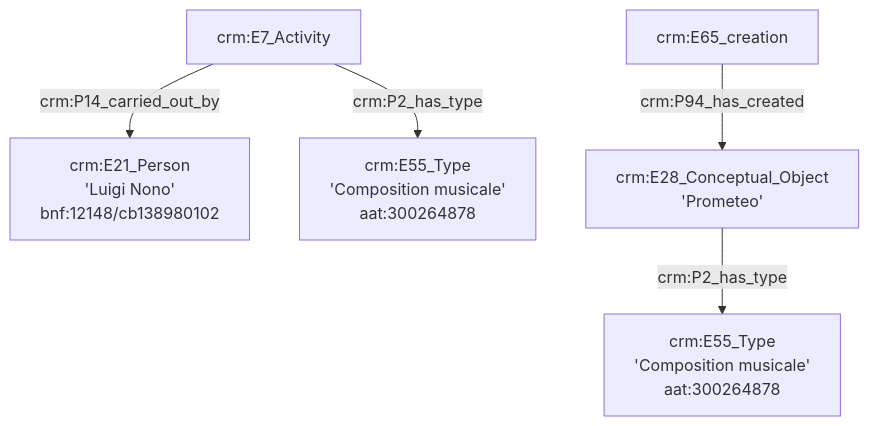
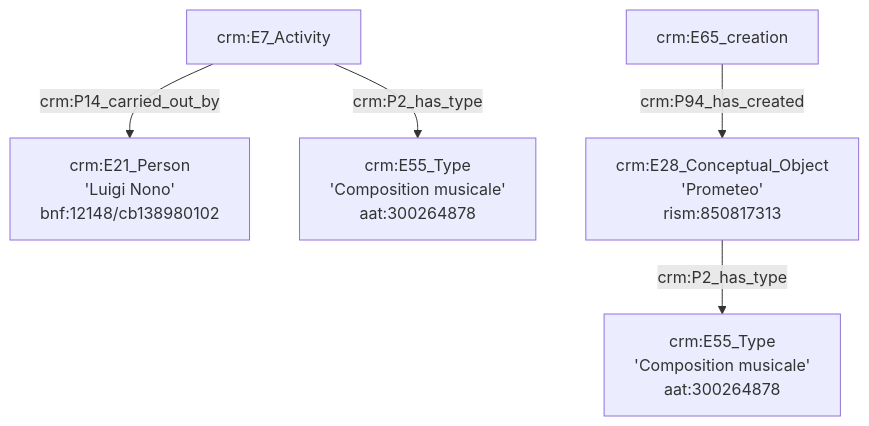
The first of 2 diagrams in Exemple1.md (GusBraud/OntoMatchGameGus), drawn with Mermaid before and after one commit.

````diff
--- a/Exemple1.md
+++ b/Exemple1.md
@@ -1,13 +1,13 @@
 ```mermaid
 graph TD;
 
 
 A[crm:E7_Activity] --> |crm:P14_carried_out_by| B[crm:E21_Person<br>'Luigi Nono'<br>bnf:12148/cb138980102]
 A[crm:E7_Activity] --> |crm:P2_has_type| C[crm:E55_Type<br>'Composition musicale'<br>aat:300264878]
 
 D[crm:E65_creation] --> |crm:P94_has_created| E[crm:E28_Conceptual_Object<br>'Prometeo'<br>rism:850817313]
-E[crm:E28_Conceptual_Object<br>'Prometeo'] --> |crm:P2_has_type| F[crm:E55_Type<br>'Composition musicale'<br>aat:300264878]
+E[crm:E28_Conceptual_Object<br>'Prometeo'<br>rism:850817313] --> |crm:P2_has_type| F[crm:E55_Type<br>'Composition musicale'<br>aat:300264878]
 
 
 
 ```
````
